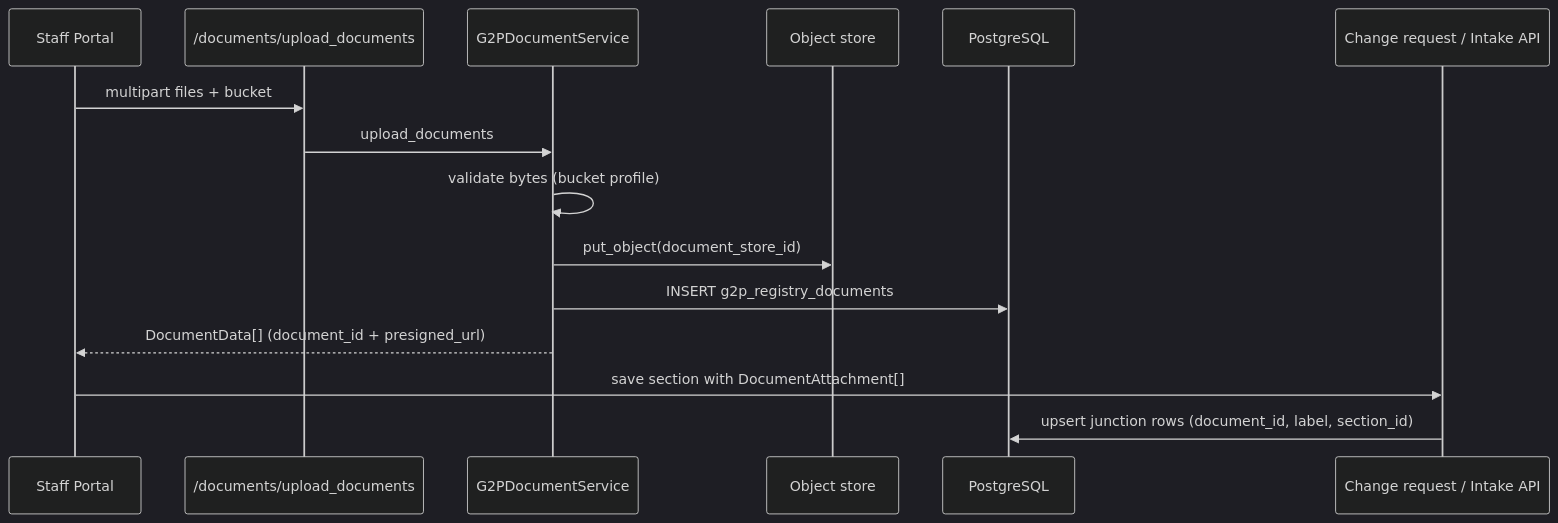
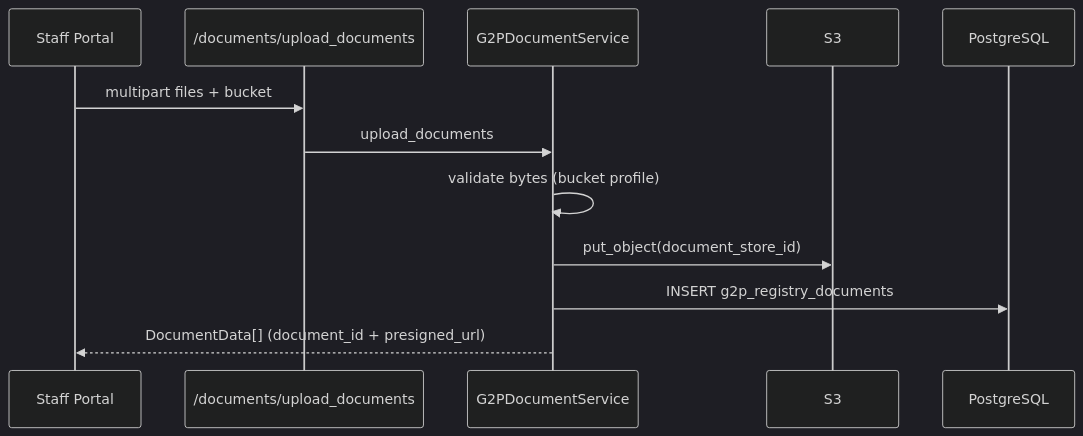
One commit to OpenG2P/openg2p-documentation changed the second of 2 diagrams in products/registry/registry/design/file-attachments.md. Above: the diagram before and after it, drawn with Mermaid (dark theme). The commit also changed other lines of this file and 25 other files, not shown here.

Commit message:
GITBOOK-2087: G2P-5670 documents handeling after upload

````diff
--- a/products/registry/registry/design/file-attachments.md
+++ b/products/registry/registry/design/file-attachments.md
@@ -176,18 +99,15 @@
 ```mermaid
 sequenceDiagram
     participant UI as Staff Portal
-    participant DocAPI as /documents/upload_documents
+    participant API as /documents/upload_documents
     participant DS as G2PDocumentService
-    participant Store as Object store
+    participant S3 as S3
     participant PG as PostgreSQL
-    participant Biz as Change request / Intake API
 
-    UI->>DocAPI: multipart files + bucket
-    DocAPI->>DS: upload_documents
+    UI->>API: multipart files + bucket
+    API->>DS: upload_documents
     DS->>DS: validate bytes (bucket profile)
-    DS->>Store: put_object(document_store_id)
+    DS->>S3: put_object(document_store_id)
     DS->>PG: INSERT g2p_registry_documents
     DS-->>UI: DocumentData[] (document_id + presigned_url)
-    UI->>Biz: save section with DocumentAttachment[]
-    Biz->>PG: upsert junction rows (document_id, label, section_id)
 ```
````
